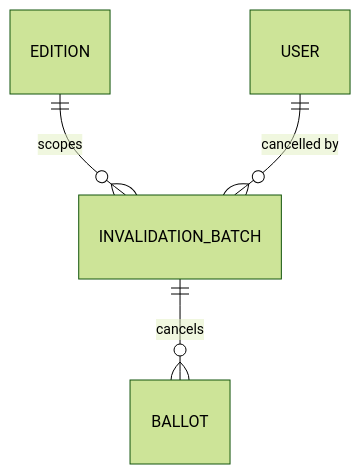
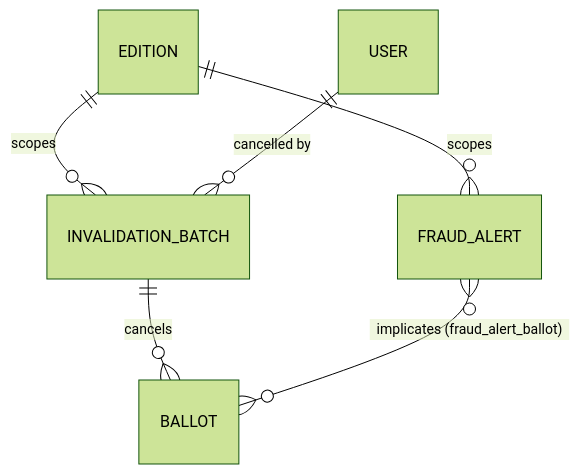
One commit to mihalacherazvan/rominas-api changed the seventh of 7 diagrams in docs/domain-model.md. Above: the diagram before and after it, drawn with Mermaid (forest theme). The commit also changed other lines of this file and 27 other files, not shown here.

First line of the commit message:
Add FraudMonitoring fraud-alert detection

````diff
--- a/docs/domain-model.md
+++ b/docs/domain-model.md
@@ -441,6 +451,8 @@
 ```mermaid
 erDiagram
     EDITION ||--o{ INVALIDATION_BATCH : "scopes"
     USER ||--o{ INVALIDATION_BATCH : "cancelled by"
     INVALIDATION_BATCH ||--o{ BALLOT : "cancels"
+    EDITION ||--o{ FRAUD_ALERT : "scopes"
+    FRAUD_ALERT }o--o{ BALLOT : "implicates (fraud_alert_ballot)"
 ```
````
